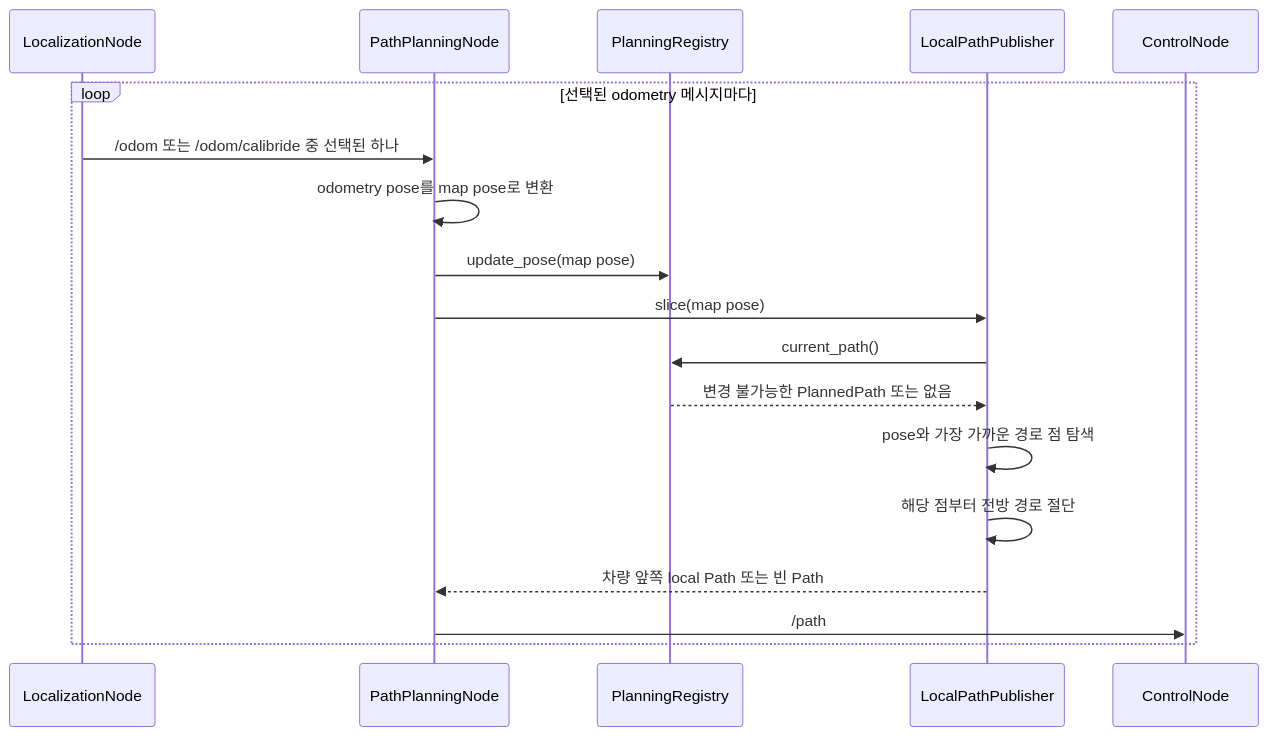
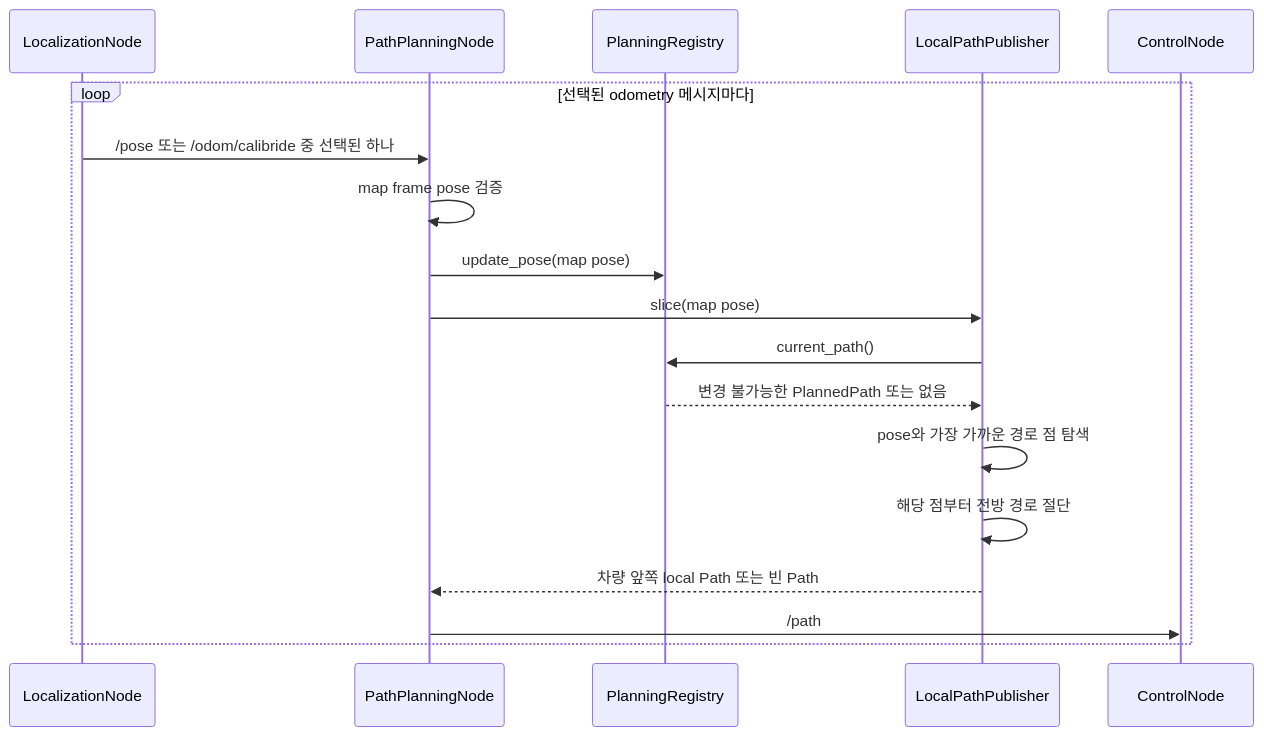
The third of 3 diagrams in src/path_planning/README.md (Team-Stier/AMET2026_coex_stier), drawn with Mermaid before and after one commit. The commit also changed other lines of this file and 31 other files, not shown here.

````diff
--- a/src/path_planning/README.md
+++ b/src/path_planning/README.md
@@ -353,21 +355,21 @@
 ```mermaid
 sequenceDiagram
     participant LOC as LocalizationNode
     participant N as PathPlanningNode
     participant REG as PlanningRegistry
     participant LP as LocalPathPublisher
     participant CTRL as ControlNode
 
     loop 선택된 odometry 메시지마다
-        LOC->>N: /odom 또는 /odom/calibride 중 선택된 하나
-        N->>N: odometry pose를 map pose로 변환
+        LOC->>N: /pose 또는 /odom/calibride 중 선택된 하나
+        N->>N: map frame pose 검증
         N->>REG: update_pose(map pose)
         N->>LP: slice(map pose)
         LP->>REG: current_path()
         REG-->>LP: 변경 불가능한 PlannedPath 또는 없음
         LP->>LP: pose와 가장 가까운 경로 점 탐색
         LP->>LP: 해당 점부터 전방 경로 절단
         LP-->>N: 차량 앞쪽 local Path 또는 빈 Path
         N->>CTRL: /path
     end
 ```
````
